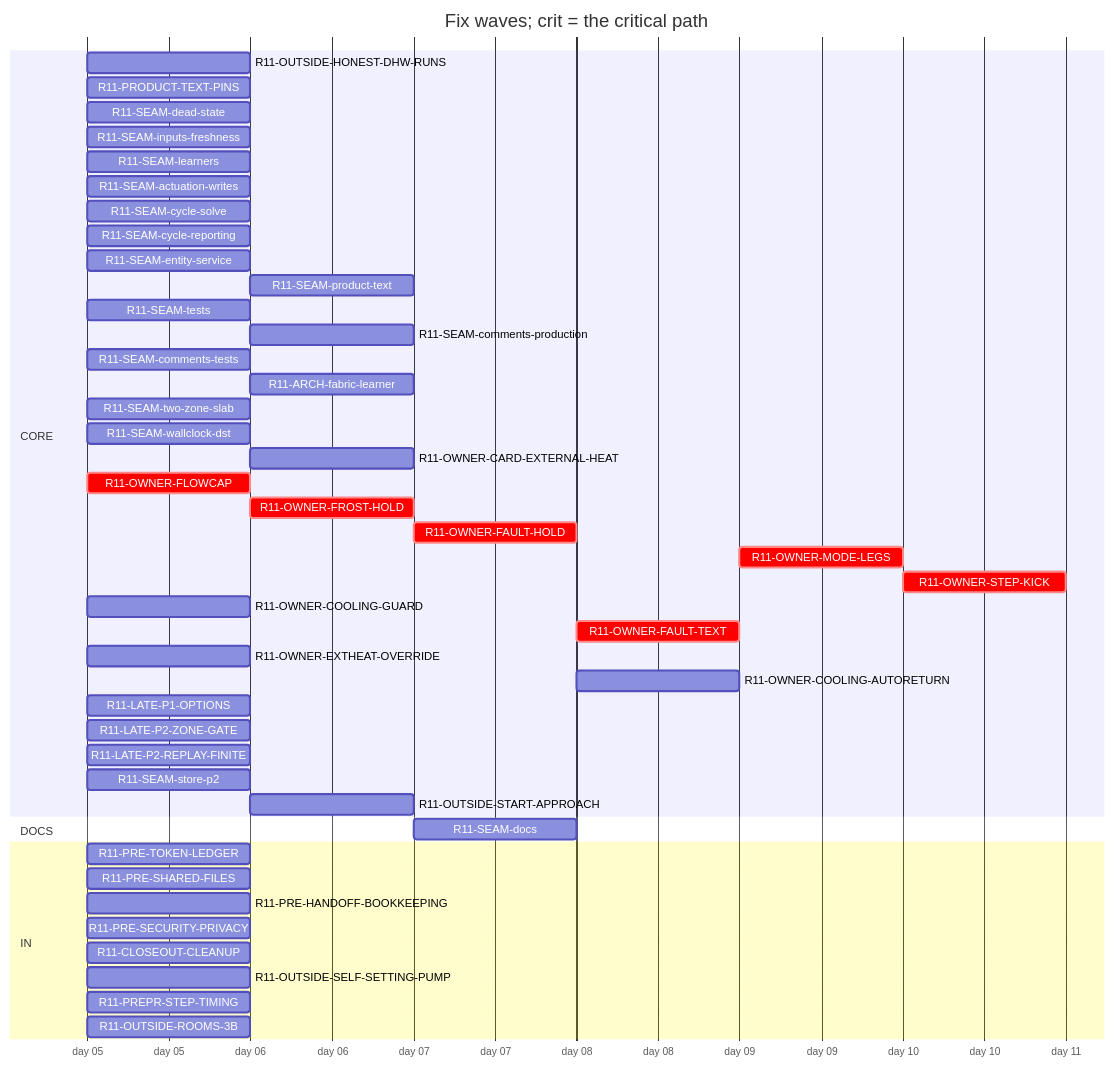
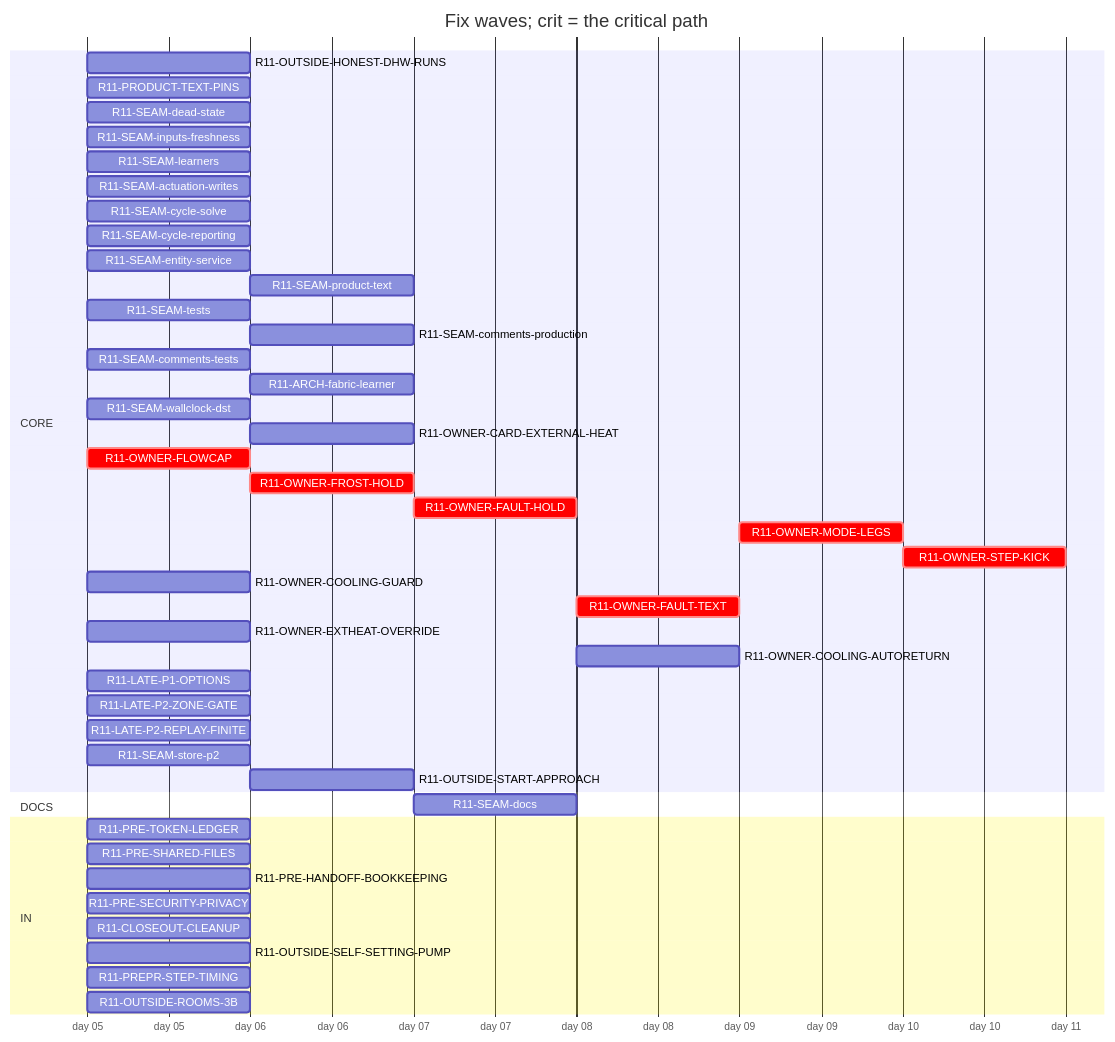
One commit to tvofi/heatpump_optimizer changed the diagram in handoff/round11/state/PLAN-TABLE.md. Above: the diagram before and after it, drawn with Mermaid. The commit also changed other lines of this file and 4 other files, not shown here.

Commit message:
state: FLOW-BOARD.md, NEXT-SESSION-PROMPT.md, PLAN-TABLE.md, PLAN.html, RESUME-CURRENT.md regenerated (state_docs.py)

````diff
--- a/handoff/round11/state/PLAN-TABLE.md
+++ b/handoff/round11/state/PLAN-TABLE.md
@@ -16,49 +16,48 @@
 ```mermaid
 gantt
   title Fix waves; crit = the critical path
   dateFormat YYYY-MM-DD
   axisFormat day %d
   section CORE
     R11-OUTSIDE-HONEST-DHW-RUNS :r11OUTSIDEHONESTDHWRUNS, 2026-01-05, 1d
     R11-PRODUCT-TEXT-PINS :r11PRODUCTTEXTPINS, 2026-01-05, 1d
     R11-SEAM-dead-state :r11SEAMdeadstate, 2026-01-05, 1d
     R11-SEAM-inputs-freshness :r11SEAMinputsfreshness, 2026-01-05, 1d
     R11-SEAM-learners :r11SEAMlearners, 2026-01-05, 1d
     R11-SEAM-actuation-writes :r11SEAMactuationwrites, 2026-01-05, 1d
     R11-SEAM-cycle-solve :r11SEAMcyclesolve, 2026-01-05, 1d
     R11-SEAM-cycle-reporting :r11SEAMcyclereporting, 2026-01-05, 1d
     R11-SEAM-entity-service :r11SEAMentityservice, 2026-01-05, 1d
     R11-SEAM-product-text :r11SEAMproducttext, after r11SEAMactuationwrites r11SEAMentityservice r11SEAMinputsfreshness r11SEAMcyclesolve r11SEAMcyclereporting, 1d
     R11-SEAM-tests :r11SEAMtests, 2026-01-05, 1d
     R11-SEAM-comments-production :r11SEAMcommentsproduction, after r11SEAMactuationwrites r11SEAMentityservice r11SEAMinputsfreshness r11SEAMcyclesolve r11SEAMcyclereporting, 1d
     R11-SEAM-comments-tests :r11SEAMcommentstests, 2026-01-05, 1d
     R11-ARCH-fabric-learner :r11ARCHfabriclearner, after r11SEAMlearners, 1d
-    R11-SEAM-two-zone-slab :r11SEAMtwozoneslab, 2026-01-05, 1d
     R11-SEAM-wallclock-dst :r11SEAMwallclockdst, 2026-01-05, 1d
     R11-OWNER-CARD-EXTERNAL-HEAT :r11OWNERCARDEXTERNALHEAT, after r11OWNEREXTHEATOVERRIDE, 1d
     R11-OWNER-FLOWCAP :crit, r11OWNERFLOWCAP, 2026-01-05, 1d
     R11-OWNER-FROST-HOLD :crit, r11OWNERFROSTHOLD, after r11OWNERFLOWCAP, 1d
     R11-OWNER-FAULT-HOLD :crit, r11OWNERFAULTHOLD, after r11OWNERFROSTHOLD, 1d
     R11-OWNER-MODE-LEGS :crit, r11OWNERMODELEGS, after r11OWNERFAULTTEXT, 1d
     R11-OWNER-STEP-KICK :crit, r11OWNERSTEPKICK, after r11OWNERMODELEGS, 1d
     R11-OWNER-COOLING-GUARD :r11OWNERCOOLINGGUARD, 2026-01-05, 1d
     R11-OWNER-FAULT-TEXT :crit, r11OWNERFAULTTEXT, after r11OWNERFAULTHOLD, 1d
     R11-OWNER-EXTHEAT-OVERRIDE :r11OWNEREXTHEATOVERRIDE, 2026-01-05, 1d
     R11-OWNER-COOLING-AUTORETURN :r11OWNERCOOLINGAUTORETURN, after r11OWNERCOOLINGGUARD r11OWNERFAULTHOLD, 1d
     R11-LATE-P1-OPTIONS :r11LATEP1OPTIONS, 2026-01-05, 1d
     R11-LATE-P2-ZONE-GATE :r11LATEP2ZONEGATE, 2026-01-05, 1d
     R11-LATE-P2-REPLAY-FINITE :r11LATEP2REPLAYFINITE, 2026-01-05, 1d
     R11-SEAM-store-p2 :r11SEAMstorep2, 2026-01-05, 1d
     R11-OUTSIDE-START-APPROACH :r11OUTSIDESTARTAPPROACH, after r11OUTSIDEHONESTDHWRUNS r11SEAMlearners, 1d
   section DOCS
     R11-SEAM-docs :r11SEAMdocs, after r11SEAMlearners r11SEAMactuationwrites r11SEAMentityservice r11SEAMinputsfreshness r11SEAMcyclesolve r11SEAMcyclereporting r11SEAMproducttext, 1d
   section IN
     R11-PRE-TOKEN-LEDGER :r11PRETOKENLEDGER, 2026-01-05, 1d
     R11-PRE-SHARED-FILES :r11PRESHAREDFILES, 2026-01-05, 1d
     R11-PRE-HANDOFF-BOOKKEEPING :r11PREHANDOFFBOOKKEEPING, 2026-01-05, 1d
     R11-PRE-SECURITY-PRIVACY :r11PRESECURITYPRIVACY, 2026-01-05, 1d
     R11-CLOSEOUT-CLEANUP :r11CLOSEOUTCLEANUP, 2026-01-05, 1d
     R11-OUTSIDE-SELF-SETTING-PUMP :r11OUTSIDESELFSETTINGPUMP, 2026-01-05, 1d
     R11-PREPR-STEP-TIMING :r11PREPRSTEPTIMING, 2026-01-05, 1d
     R11-OUTSIDE-ROOMS-3B :r11OUTSIDEROOMS3B, 2026-01-05, 1d
 ```
````
